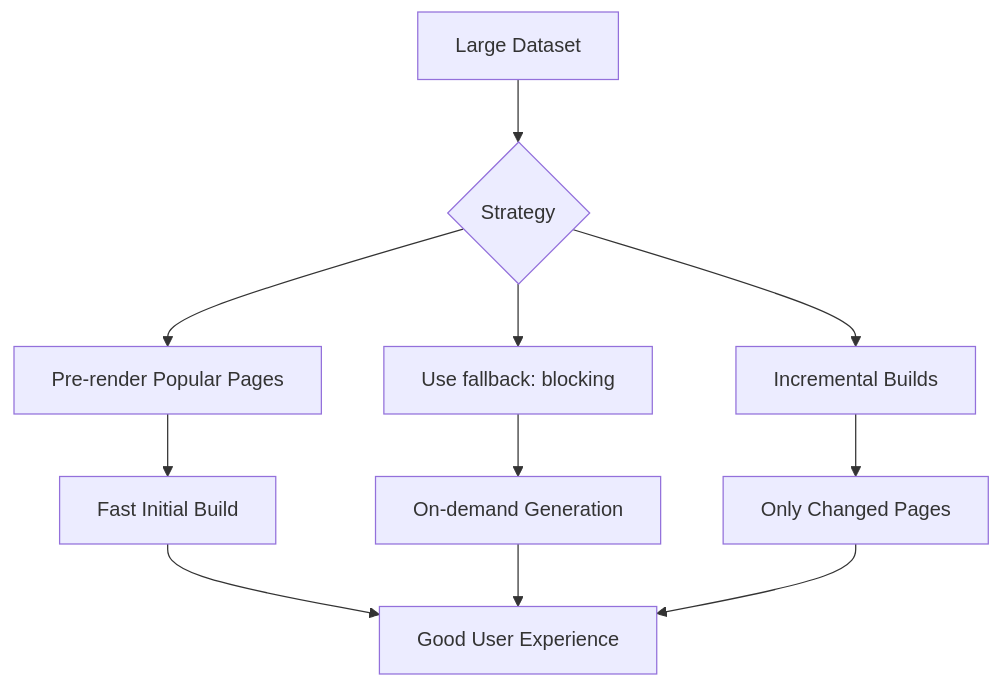
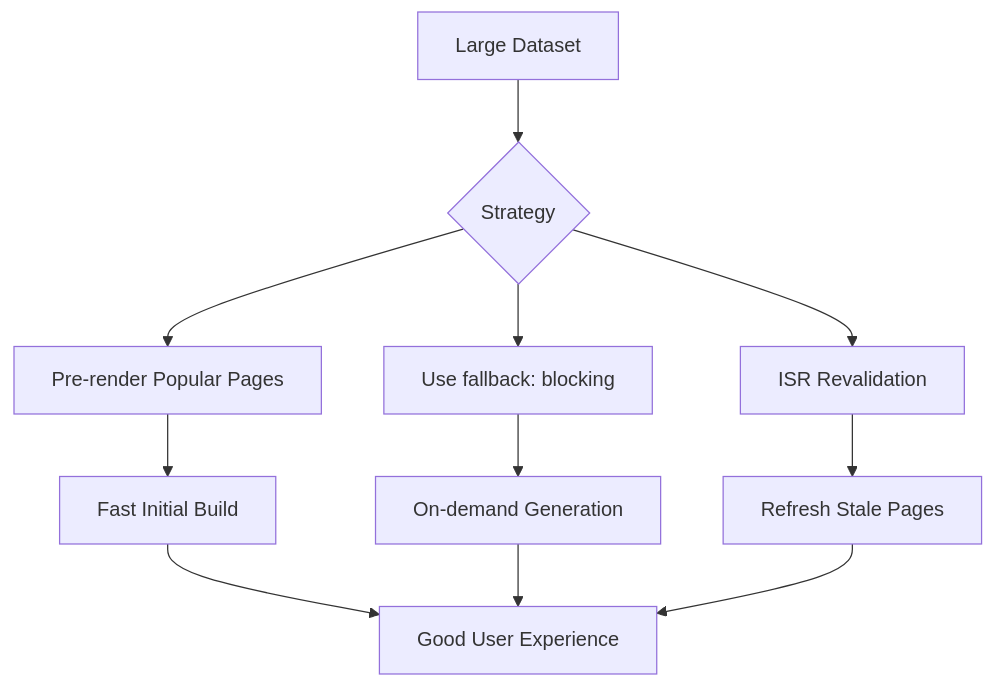
One commit to OneUptime/blog changed the fifth of 5 diagrams in posts/2026-01-24-handle-static-site-generation-ssg-nextjs/README.md. Above: the diagram before and after it, drawn with Mermaid. The commit also changed other lines of this file and 2 other files, not shown here.

Commit message:
validate: 2026-01-24-handle-static-site-generation-ssg-nextjs

````diff
--- a/posts/2026-01-24-handle-static-site-generation-ssg-nextjs/README.md
+++ b/posts/2026-01-24-handle-static-site-generation-ssg-nextjs/README.md
@@ -557,15 +558,15 @@
 ```mermaid
 flowchart TD
     A[Large Dataset] --> B{Strategy}
     B --> C[Pre-render Popular Pages]
     B --> D[Use fallback: blocking]
-    B --> E[Incremental Builds]
+    B --> E[ISR Revalidation]
 
     C --> F[Fast Initial Build]
     D --> G[On-demand Generation]
-    E --> H[Only Changed Pages]
+    E --> H[Refresh Stale Pages]
 
     F --> I[Good User Experience]
     G --> I
     H --> I
 ```
````
